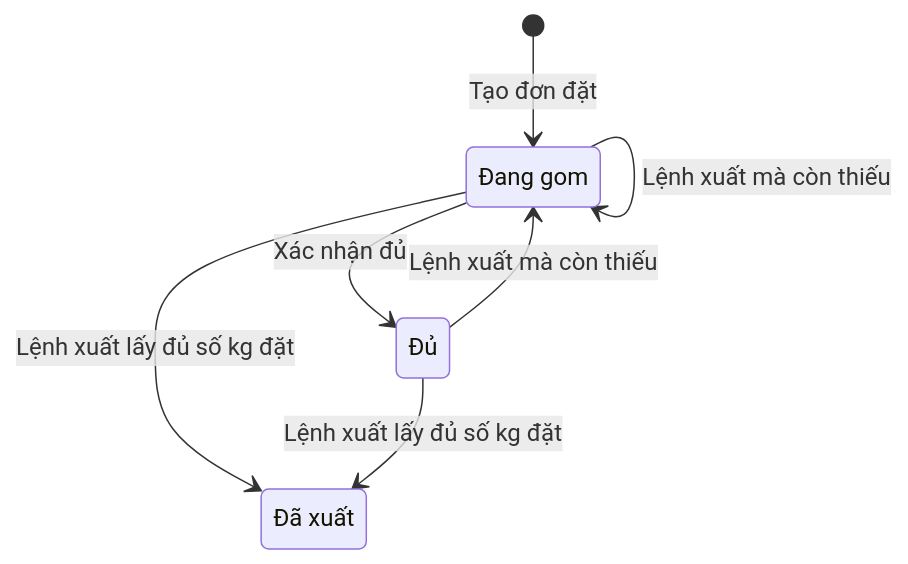
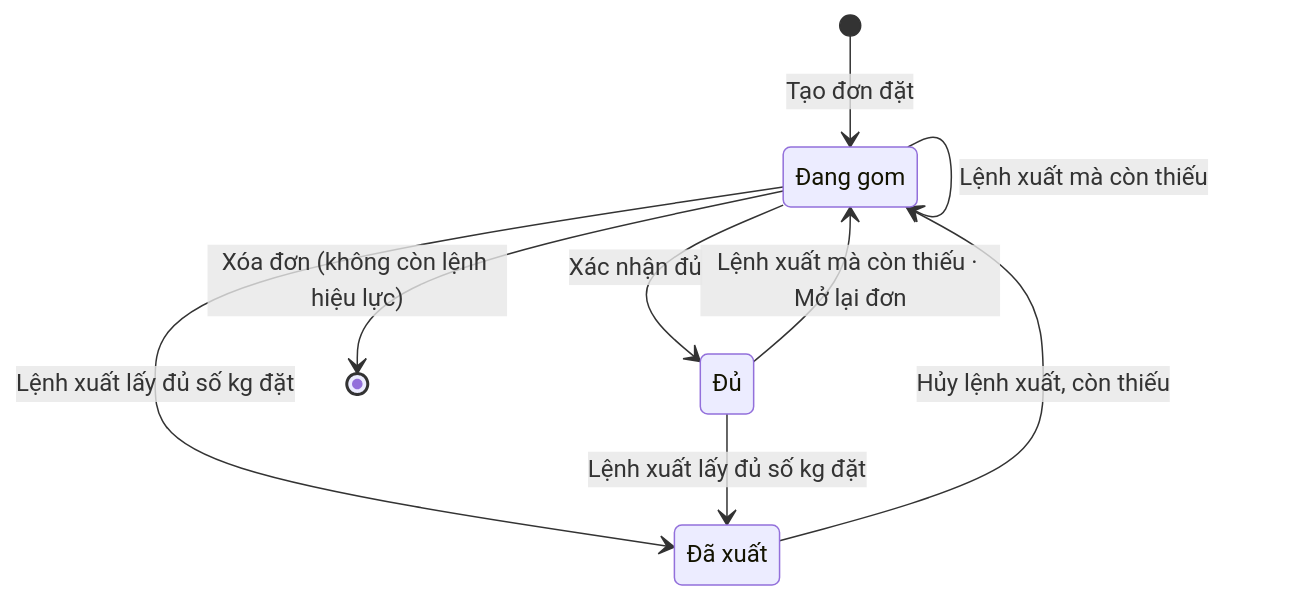
One commit to hoainxm/baseafood changed the first of 3 diagrams in docs/workflows/sales.md. Above: the diagram before and after it, drawn with Mermaid. The commit also changed other lines of this file and 21 other files, not shown here.

````diff
--- a/docs/workflows/sales.md
+++ b/docs/workflows/sales.md
@@ -18,12 +18,14 @@
 ```mermaid
 stateDiagram-v2
   [*] --> collecting: Tạo đơn đặt
   collecting --> complete: Xác nhận đủ
   collecting --> closed: Lệnh xuất lấy đủ số kg đặt
   complete --> closed: Lệnh xuất lấy đủ số kg đặt
-  complete --> collecting: Lệnh xuất mà còn thiếu
+  complete --> collecting: Lệnh xuất mà còn thiếu · Mở lại đơn
   collecting --> collecting: Lệnh xuất mà còn thiếu
+  closed --> collecting: Hủy lệnh xuất, còn thiếu
+  collecting --> [*]: Xóa đơn (không còn lệnh hiệu lực)
   state "Đang gom" as collecting
   state "Đủ" as complete
   state "Đã xuất" as closed
 ```
````
